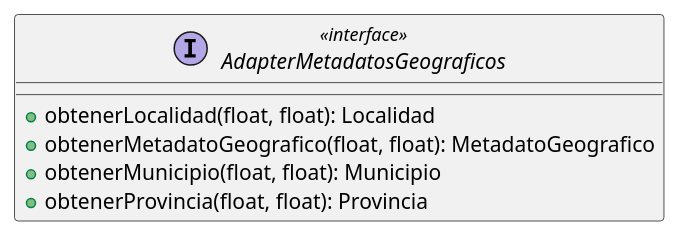
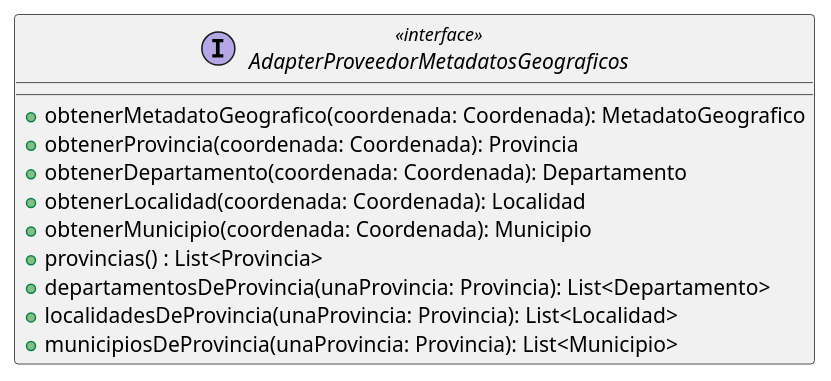
The diagram in DC/E3/meta_datos_geo/AdapterMetadatosGeograficos.puml (mbertogliati/dds-tpa), drawn with PlantUML before and after one commit. The commit also changed 14 other files, not shown here.

```diff
--- a/DC/E3/meta_datos_geo/AdapterMetadatosGeograficos.puml
+++ b/DC/E3/meta_datos_geo/AdapterMetadatosGeograficos.puml
@@ -1,13 +1,16 @@
 @startuml
 'https://plantuml.com/class-diagram
 
-skinparam linetype ortho
-
-interface AdapterMetadatosGeograficos << interface >> {
-  + obtenerLocalidad(float, float): Localidad
-  + obtenerMetadatoGeografico(float, float): MetadatoGeografico
-  + obtenerMunicipio(float, float): Municipio
-  + obtenerProvincia(float, float): Provincia
+interface AdapterProveedorMetadatosGeograficos << interface >> {
+  + obtenerMetadatoGeografico(coordenada: Coordenada): MetadatoGeografico
+  + obtenerProvincia(coordenada: Coordenada): Provincia
+  + obtenerDepartamento(coordenada: Coordenada): Departamento
+  + obtenerLocalidad(coordenada: Coordenada): Localidad
+  + obtenerMunicipio(coordenada: Coordenada): Municipio
+  + provincias() : List<Provincia>
+  + departamentosDeProvincia(unaProvincia: Provincia): List<Departamento>
+  + localidadesDeProvincia(unaProvincia: Provincia): List<Localidad>
+  + municipiosDeProvincia(unaProvincia: Provincia): List<Municipio>
 }
 
 @enduml
```
